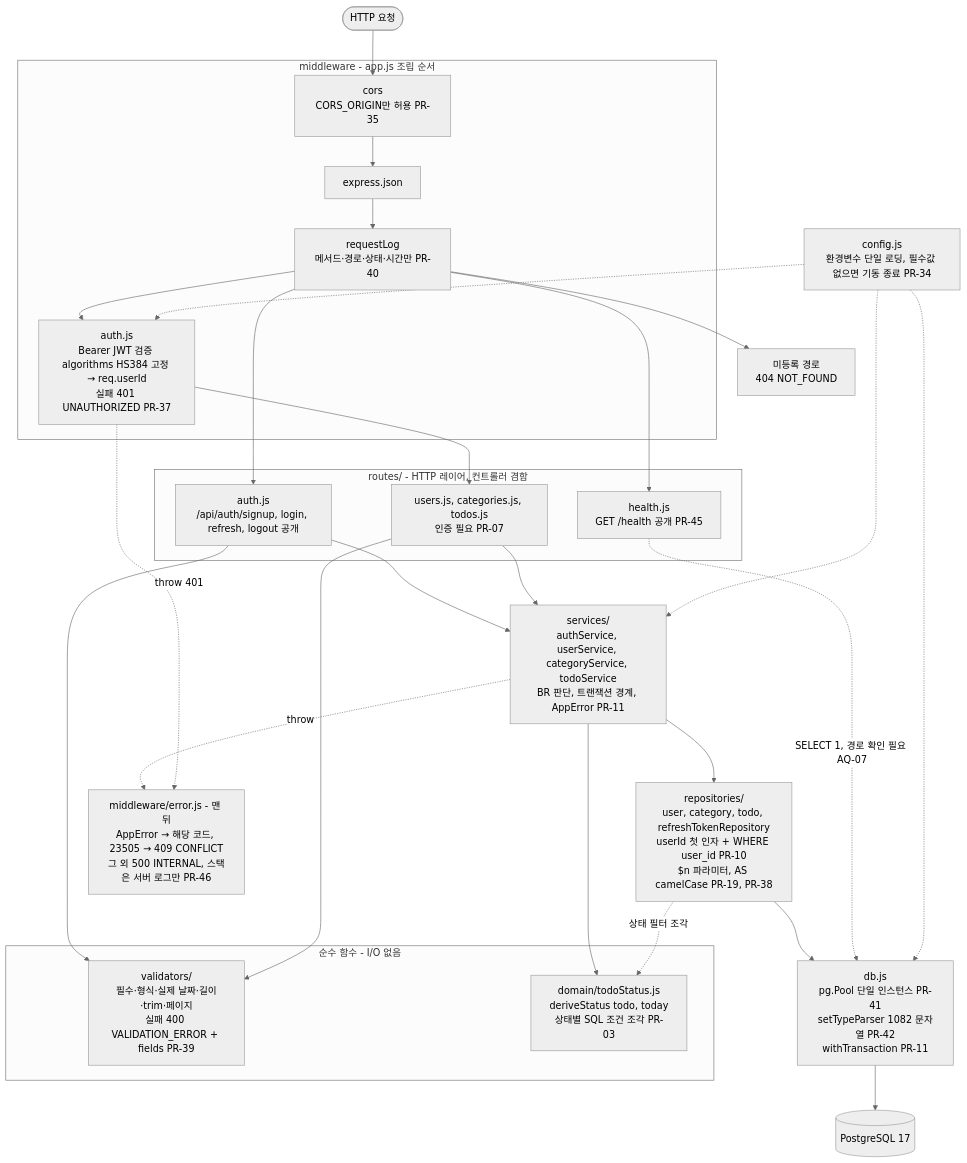
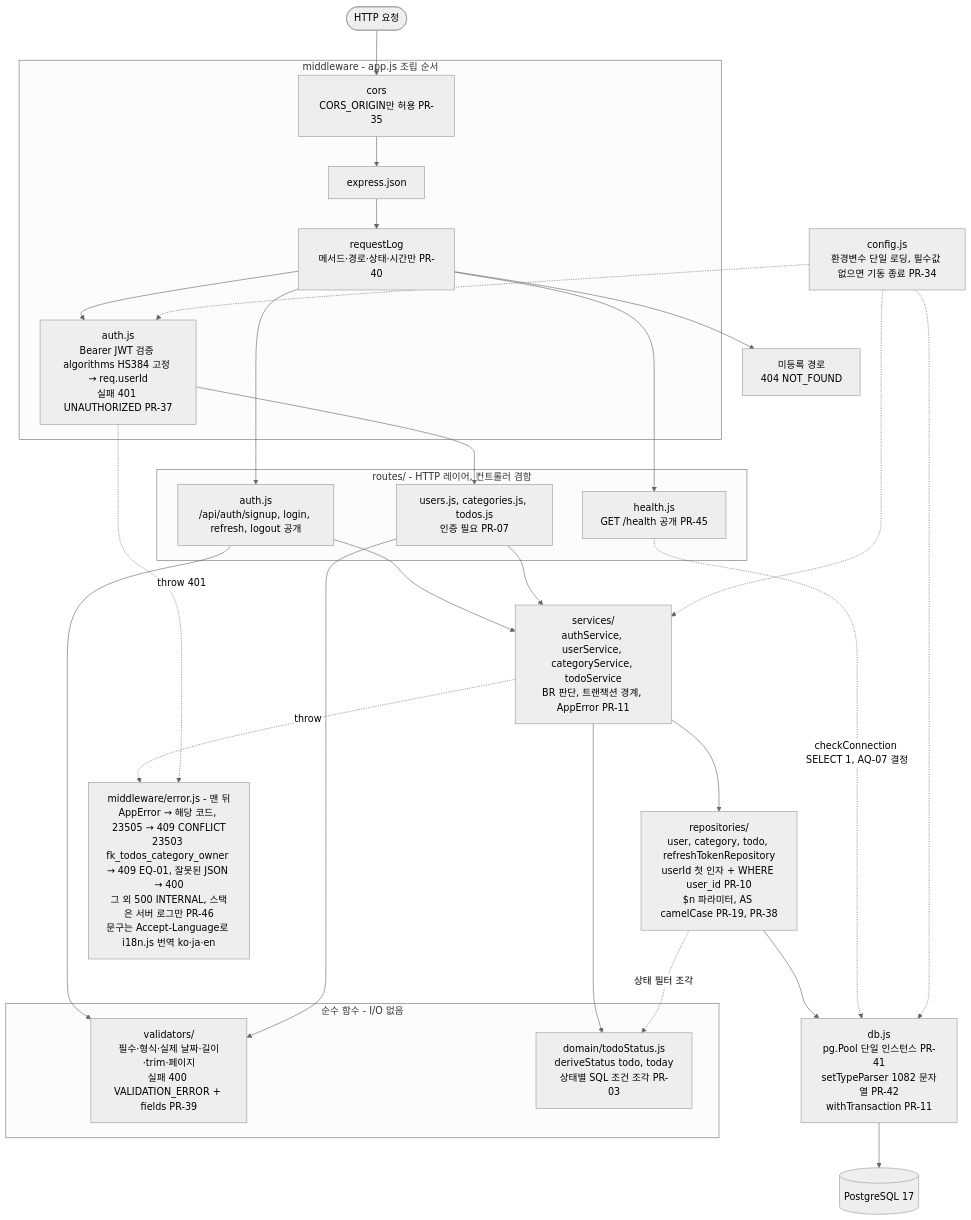
Before and after one commit to chaenamo/todolist-app: the third of 12 diagrams in docs/6-arch-diagram.md, drawn with Mermaid (neutral theme). The commit also changed other lines of this file and 64 other files, not shown here.

````diff
--- a/docs/6-arch-diagram.md
+++ b/docs/6-arch-diagram.md
@@ -133,50 +140,50 @@
 ```mermaid
 flowchart TB
     REQ(["HTTP 요청"])
 
     subgraph MW["middleware - app.js 조립 순서"]
         CORS["cors<br/>CORS_ORIGIN만 허용 PR-35"]
         JSON["express.json"]
         LOG["requestLog<br/>메서드·경로·상태·시간만 PR-40"]
         AUTH["auth.js<br/>Bearer JWT 검증 algorithms HS384 고정 → req.userId<br/>실패 401 UNAUTHORIZED PR-37"]
     end
 
     subgraph RT["routes/ - HTTP 레이어, 컨트롤러 겸함"]
         HEALTH["health.js<br/>GET /health 공개 PR-45"]
         RAUTH["auth.js<br/>/api/auth/signup, login, refresh, logout 공개"]
         RPRIV["users.js, categories.js, todos.js<br/>인증 필요 PR-07"]
     end
 
     subgraph PURE["순수 함수 - I/O 없음"]
         VAL["validators/<br/>필수·형식·실제 날짜·길이·trim·페이지<br/>실패 400 VALIDATION_ERROR + fields PR-39"]
         DOM["domain/todoStatus.js<br/>deriveStatus todo, today<br/>상태별 SQL 조건 조각 PR-03"]
     end
 
     SVC["services/<br/>authService, userService, categoryService, todoService<br/>BR 판단, 트랜잭션 경계, AppError PR-11"]
     REPO["repositories/<br/>user, category, todo, refreshTokenRepository<br/>userId 첫 인자 + WHERE user_id PR-10<br/>$n 파라미터, AS camelCase PR-19, PR-38"]
     DBJS["db.js<br/>pg.Pool 단일 인스턴스 PR-41<br/>setTypeParser 1082 문자열 PR-42<br/>withTransaction PR-11"]
     PG[("PostgreSQL 17")]
     NF404["미등록 경로<br/>404 NOT_FOUND"]
-    ERR["middleware/error.js - 맨 뒤<br/>AppError → 해당 코드, 23505 → 409 CONFLICT<br/>그 외 500 INTERNAL, 스택은 서버 로그만 PR-46"]
+    ERR["middleware/error.js - 맨 뒤<br/>AppError → 해당 코드, 23505 → 409 CONFLICT<br/>23503 fk_todos_category_owner → 409 EQ-01, 잘못된 JSON → 400<br/>그 외 500 INTERNAL, 스택은 서버 로그만 PR-46<br/>문구는 Accept-Language로 i18n.js 번역 ko·ja·en"]
     CFG["config.js<br/>환경변수 단일 로딩, 필수값 없으면 기동 종료 PR-34"]
 
     REQ --> CORS --> JSON --> LOG
     LOG --> HEALTH
     LOG --> RAUTH
     LOG --> AUTH --> RPRIV
     LOG --> NF404
     RAUTH --> VAL
     RPRIV --> VAL
     RAUTH --> SVC
     RPRIV --> SVC
     SVC --> DOM
     SVC --> REPO
     REPO -.->|"상태 필터 조각"| DOM
     REPO --> DBJS --> PG
-    HEALTH -.->|"SELECT 1, 경로 확인 필요 AQ-07"| DBJS
+    HEALTH -.->|"checkConnection SELECT 1, AQ-07 결정"| DBJS
     SVC -.->|"throw"| ERR
     AUTH -.->|"throw 401"| ERR
     CFG -.-> DBJS
     CFG -.-> AUTH
     CFG -.-> SVC
 ```
````
